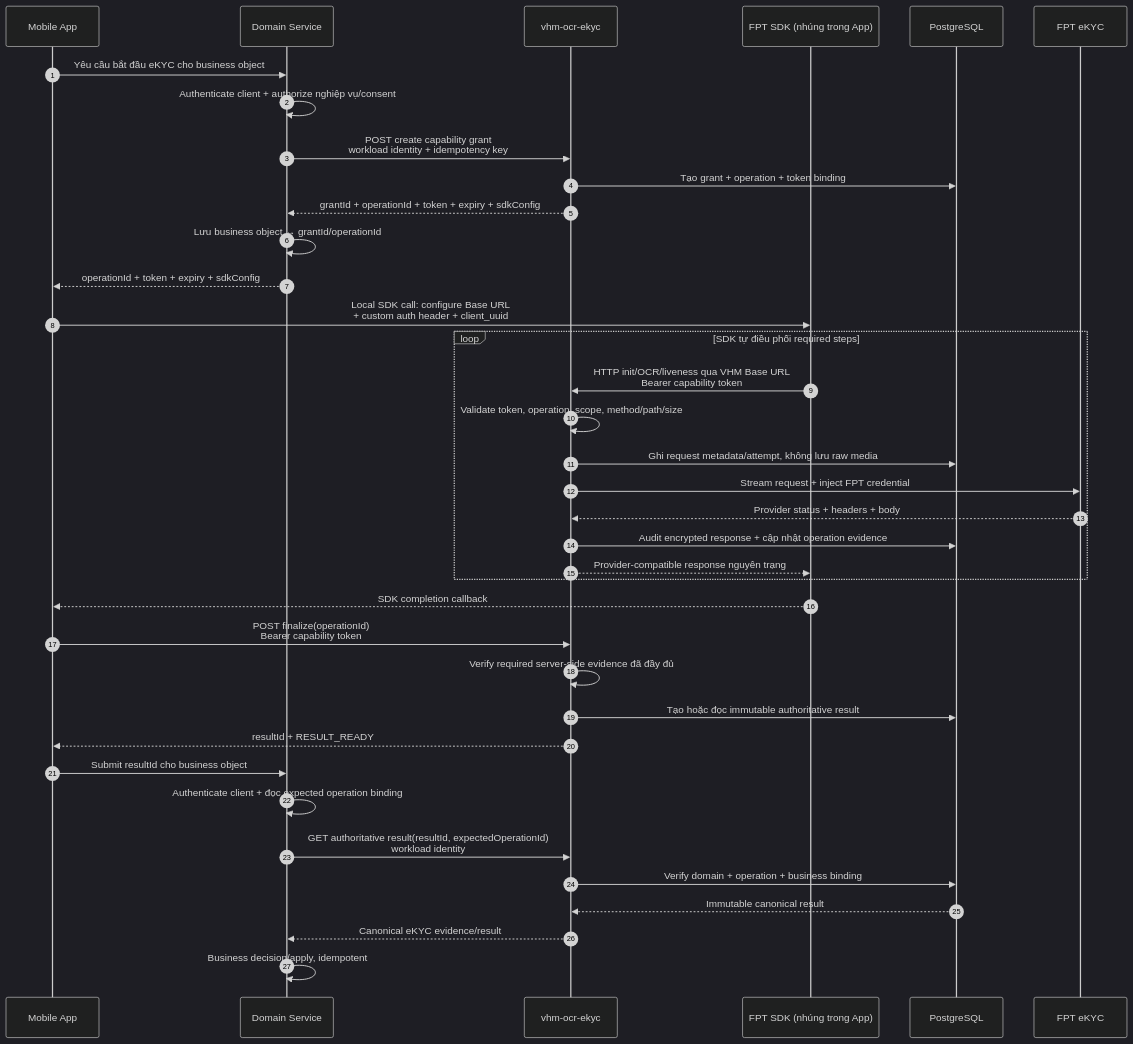
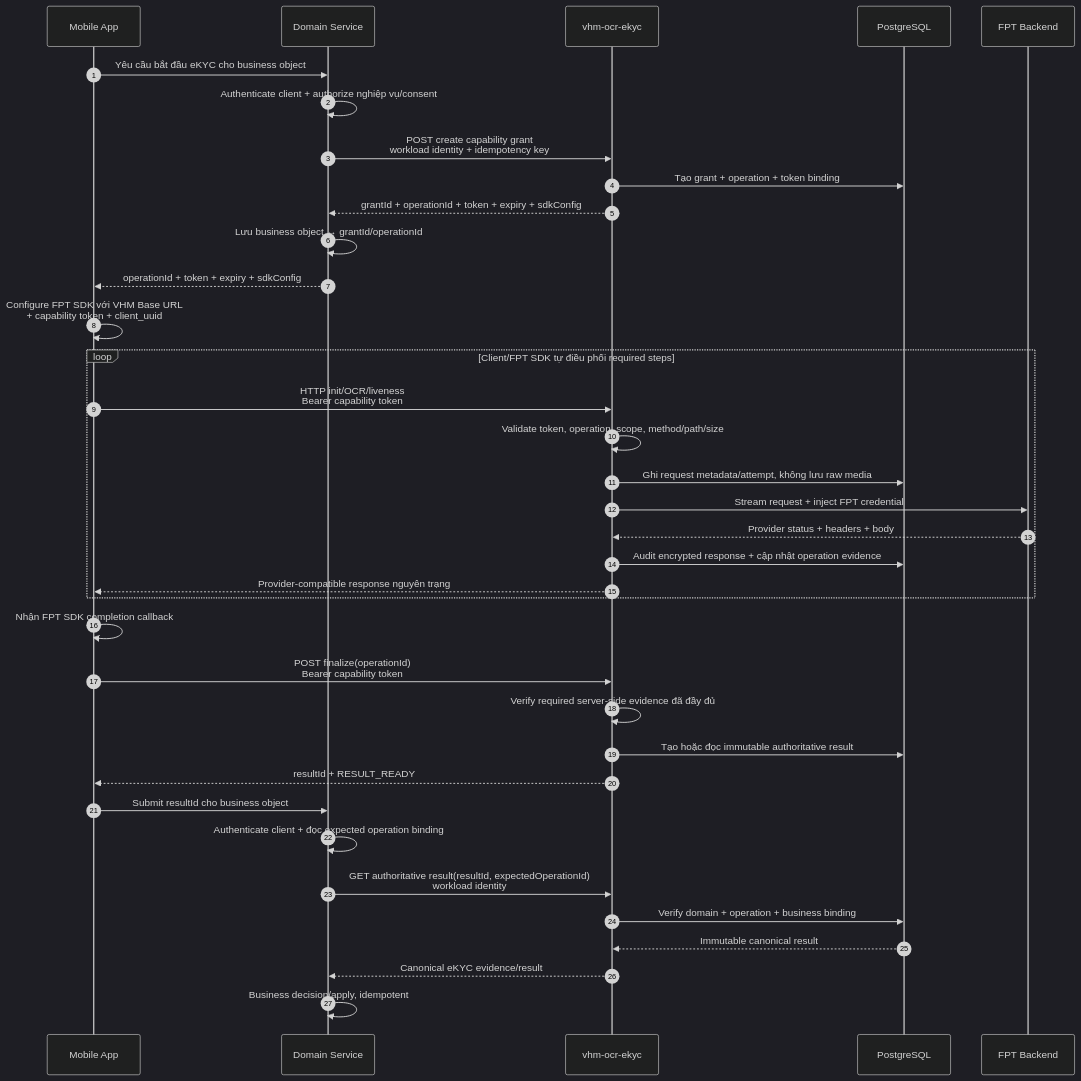
Before and after one commit to huynv-xyz/vhm: the fourth of 6 diagrams in tdd-ocr-ekyc-delegated-client-flow.md, drawn with Mermaid (dark theme). The commit also changed other lines of this file, not shown here.

````diff
--- a/tdd-ocr-ekyc-delegated-client-flow.md
+++ b/tdd-ocr-ekyc-delegated-client-flow.md
@@ -304,43 +304,42 @@
 ```mermaid
 sequenceDiagram
     autonumber
     participant A as Mobile App
     participant D as Domain Service
     participant O as vhm-ocr-ekyc
-    participant SDK as FPT SDK (nhúng trong App)
     participant DB as PostgreSQL
-    participant F as FPT eKYC
+    participant F as FPT Backend
 
     A->>D: Yêu cầu bắt đầu eKYC cho business object
     D->>D: Authenticate client + authorize nghiệp vụ/consent
     D->>O: POST create capability grant<br/>workload identity + idempotency key
     O->>DB: Tạo grant + operation + token binding
     O-->>D: grantId + operationId + token + expiry + sdkConfig
     D->>D: Lưu business object ↔ grantId/operationId
     D-->>A: operationId + token + expiry + sdkConfig
-    A->>SDK: Local SDK call: configure Base URL<br/>+ custom auth header + client_uuid
+    A->>A: Configure FPT SDK với VHM Base URL<br/>+ capability token + client_uuid
 
-    loop SDK tự điều phối required steps
-        SDK->>O: HTTP init/OCR/liveness qua VHM Base URL<br/>Bearer capability token
+    loop Client/FPT SDK tự điều phối required steps
+        A->>O: HTTP init/OCR/liveness<br/>Bearer capability token
         O->>O: Validate token, operation, scope, method/path/size
         O->>DB: Ghi request metadata/attempt, không lưu raw media
         O->>F: Stream request + inject FPT credential
         F-->>O: Provider status + headers + body
         O->>DB: Audit encrypted response + cập nhật operation evidence
-        O-->>SDK: Provider-compatible response nguyên trạng
+        O-->>A: Provider-compatible response nguyên trạng
     end
 
-    SDK-->>A: SDK completion callback
+    A->>A: Nhận FPT SDK completion callback
     A->>O: POST finalize(operationId)<br/>Bearer capability token
     O->>O: Verify required server-side evidence đã đầy đủ
     O->>DB: Tạo hoặc đọc immutable authoritative result
     O-->>A: resultId + RESULT_READY
 
     A->>D: Submit resultId cho business object
     D->>D: Authenticate client + đọc expected operation binding
     D->>O: GET authoritative result(resultId, expectedOperationId)<br/>workload identity
     O->>DB: Verify domain + operation + business binding
     DB-->>O: Immutable canonical result
     O-->>D: Canonical eKYC evidence/result
     D->>D: Business decision/apply, idempotent
 ```
````
